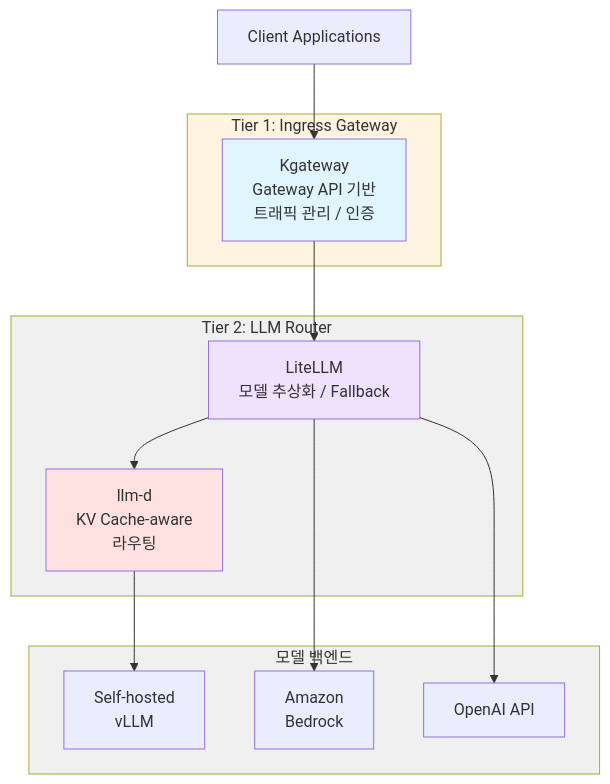
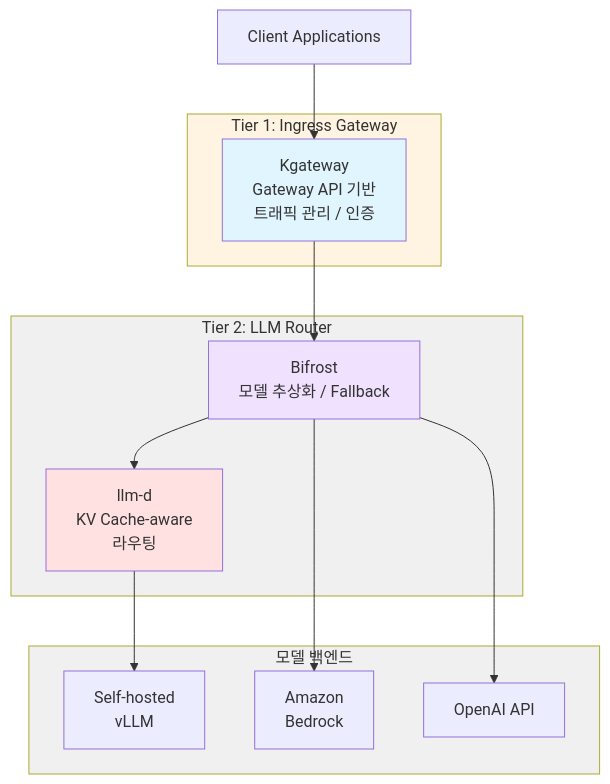
Before and after one commit to devfloor9/engineering-playbook: the sixth of 17 diagrams in docs/agentic-ai-platform/design-architecture/agentic-ai-challenges.md, drawn with Mermaid. The commit also changed other lines of this file and 13 other files, not shown here.

First line of the commit message:
docs: LLM Router 기본 전환 — Bifrost (primary) + LiteLLM (alternative)

````diff
--- a/docs/agentic-ai-platform/design-architecture/agentic-ai-challenges.md
+++ b/docs/agentic-ai-platform/design-architecture/agentic-ai-challenges.md
@@ -288,33 +288,33 @@
 ```mermaid
 flowchart TD
     CLIENT["Client Applications"]
 
     subgraph Tier1["Tier 1: Ingress Gateway"]
         KGW["Kgateway<br/>Gateway API 기반<br/>트래픽 관리 / 인증"]
     end
 
     subgraph Tier2["Tier 2: LLM Router"]
-        LITE["LiteLLM<br/>모델 추상화 / Fallback"]
+        BIFROST["Bifrost<br/>모델 추상화 / Fallback"]
         LLMD["llm-d<br/>KV Cache-aware<br/>라우팅"]
     end
 
     subgraph Backends["모델 백엔드"]
         SELF["Self-hosted<br/>vLLM"]
         BEDROCK["Amazon<br/>Bedrock"]
         OPENAI["OpenAI API"]
     end
 
     CLIENT --> KGW
-    KGW --> LITE
-    LITE --> LLMD
+    KGW --> BIFROST
+    BIFROST --> LLMD
     LLMD --> SELF
-    LITE --> BEDROCK
-    LITE --> OPENAI
+    BIFROST --> BEDROCK
+    BIFROST --> OPENAI
 
     style KGW fill:#e1f5ff
-    style LITE fill:#f0e1ff
+    style BIFROST fill:#f0e1ff
     style LLMD fill:#ffe1e1
     style Tier1 fill:#fff4e1
     style Tier2 fill:#f0f0f0
     style Backends fill:#f0f0f0
 ```
````
